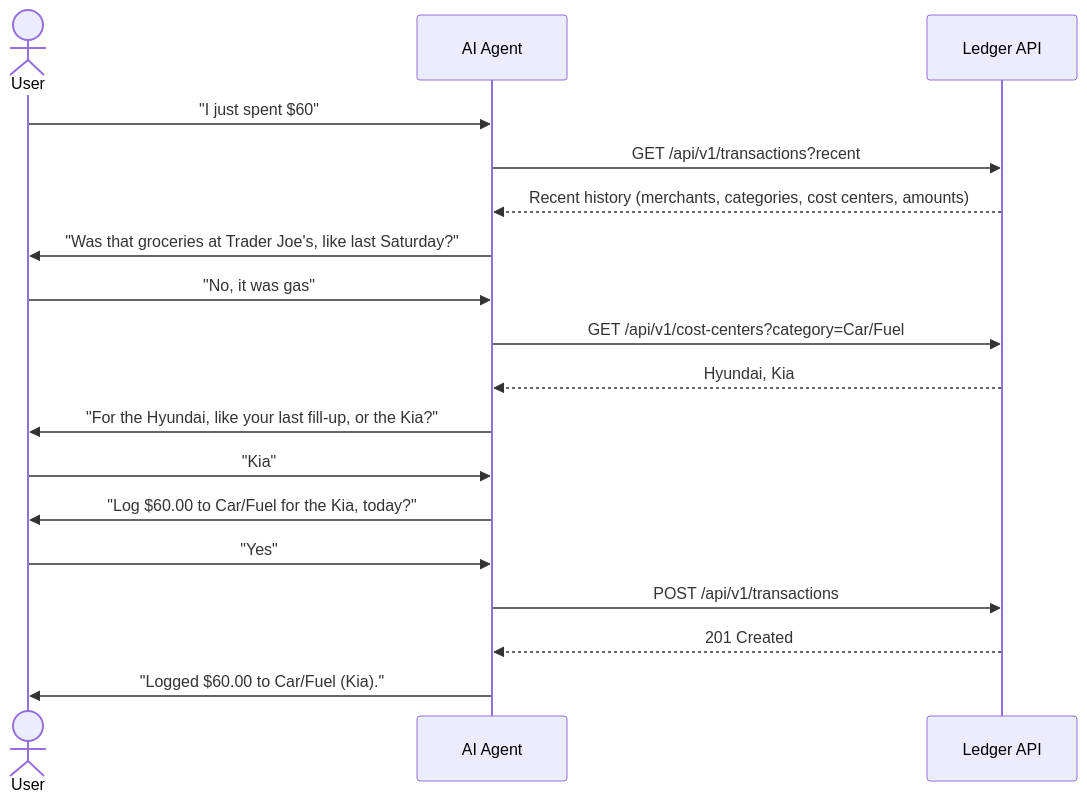
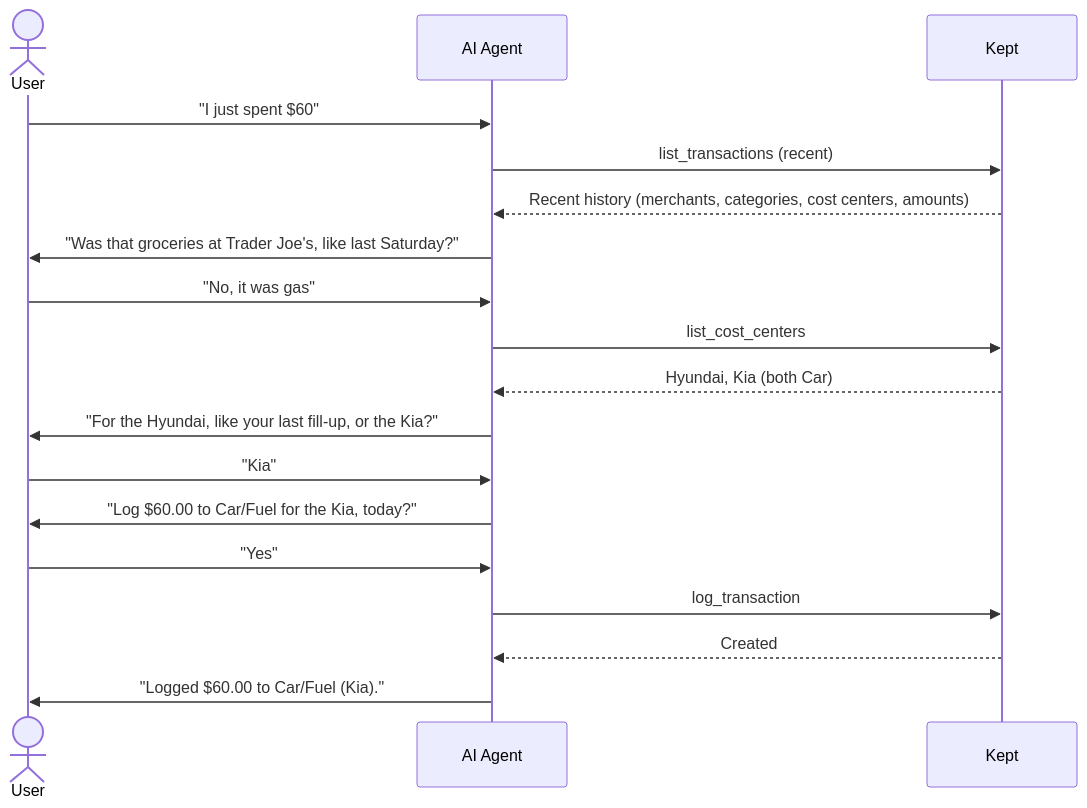
Before and after one commit to np25071984/kept: the first of 3 diagrams in docs/VISION.md, drawn with Mermaid. The commit also changed other lines of this file and 5 other files, not shown here.

````diff
--- a/docs/VISION.md
+++ b/docs/VISION.md
@@ -40,21 +40,21 @@
 ```mermaid
 sequenceDiagram
     actor User
     participant AI as AI Agent
-    participant API as Ledger API
+    participant K as Kept
 
     User->>AI: "I just spent $60"
-    AI->>API: GET /api/v1/transactions?recent
-    API-->>AI: Recent history (merchants, categories, cost centers, amounts)
+    AI->>K: list_transactions (recent)
+    K-->>AI: Recent history (merchants, categories, cost centers, amounts)
     AI->>User: "Was that groceries at Trader Joe's, like last Saturday?"
     User->>AI: "No, it was gas"
-    AI->>API: GET /api/v1/cost-centers?category=Car/Fuel
-    API-->>AI: Hyundai, Kia
+    AI->>K: list_cost_centers
+    K-->>AI: Hyundai, Kia (both Car)
     AI->>User: "For the Hyundai, like your last fill-up, or the Kia?"
     User->>AI: "Kia"
     AI->>User: "Log $60.00 to Car/Fuel for the Kia, today?"
     User->>AI: "Yes"
-    AI->>API: POST /api/v1/transactions
-    API-->>AI: 201 Created
+    AI->>K: log_transaction
+    K-->>AI: Created
     AI->>User: "Logged $60.00 to Car/Fuel (Kia)."
 ```
````
